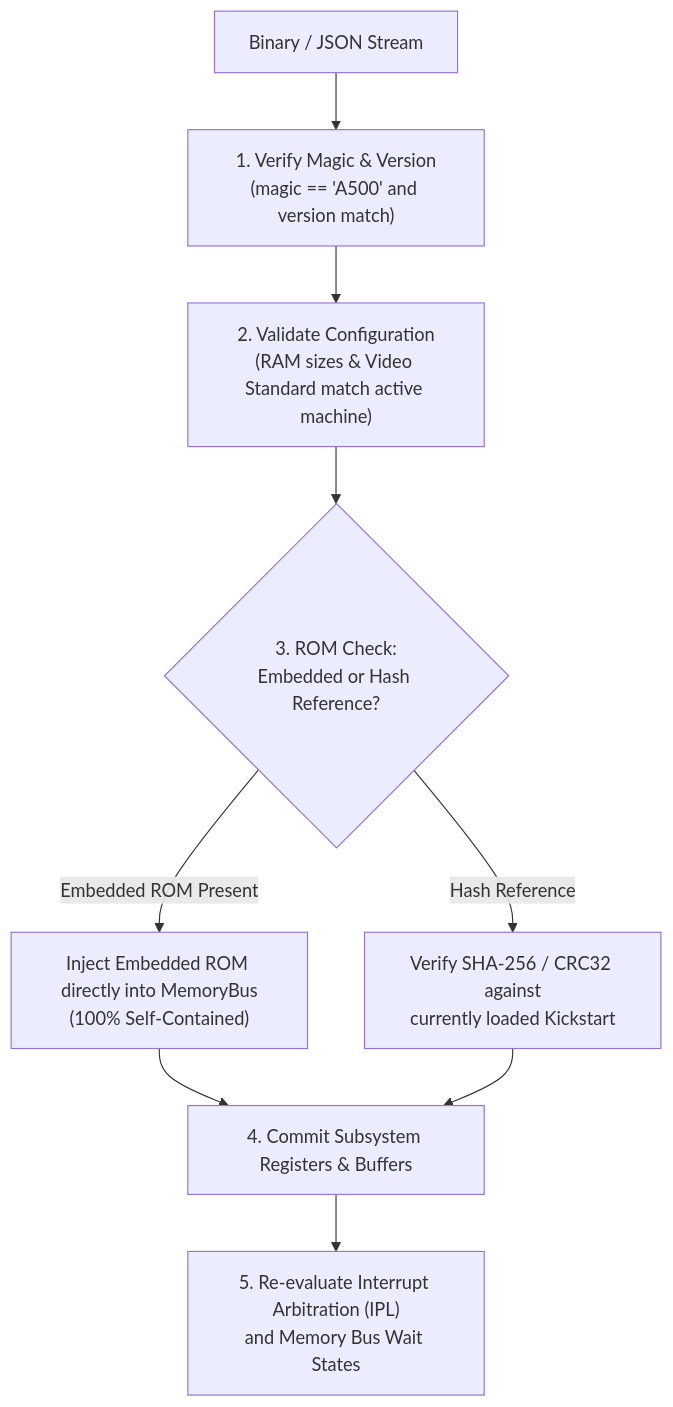
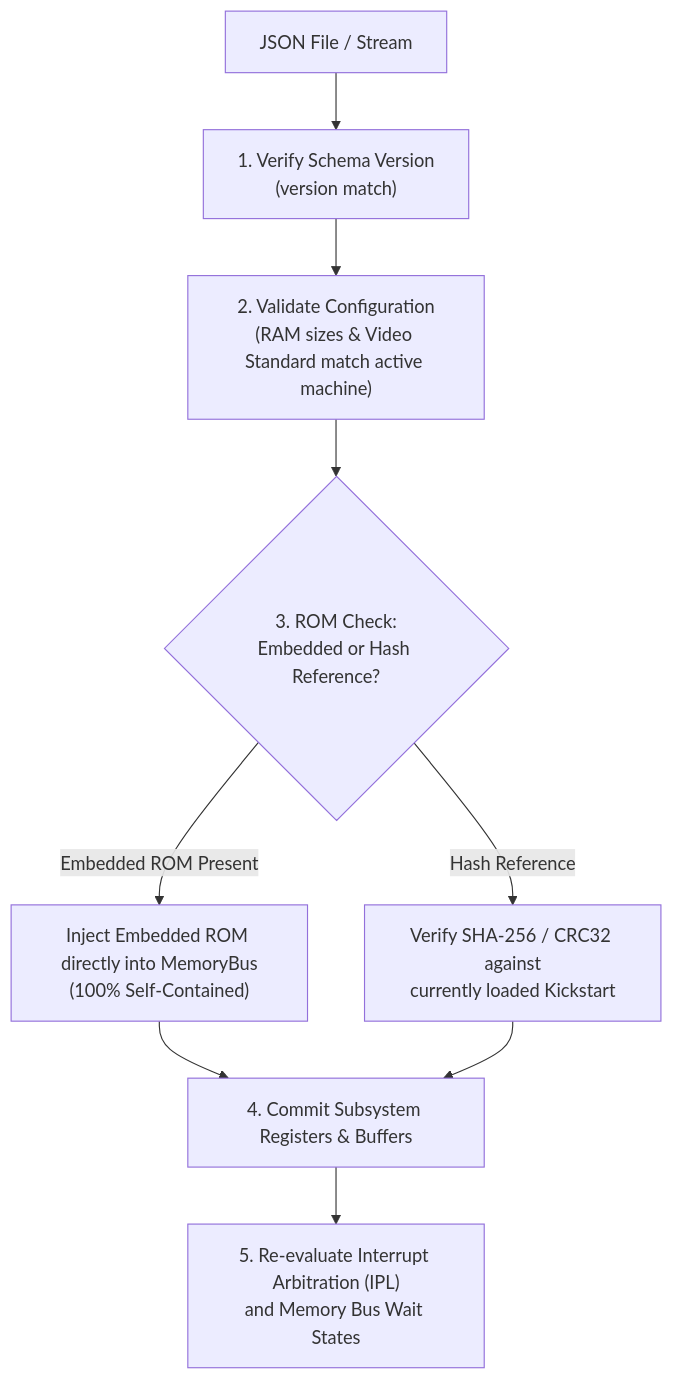
The second of 2 diagrams in Obsidian/Amiga/Design/SaveState.md (tomek-anuszkiewicz/amiga-studio), drawn with Mermaid before and after one commit. The commit also changed other lines of this file and 10 other files, not shown here.

````diff
--- a/Obsidian/Amiga/Design/SaveState.md
+++ b/Obsidian/Amiga/Design/SaveState.md
@@ -508,13 +502,13 @@
 ```mermaid
 flowchart TD
-    INPUT["Binary / JSON Stream"] --> HEADER["1. Verify Magic & Version\n(magic == 'A500' and version match)"]
+    INPUT["JSON File / Stream"] --> HEADER["1. Verify Schema Version\n(version match)"]
     HEADER --> CONFIG["2. Validate Configuration\n(RAM sizes & Video Standard match active machine)"]
     CONFIG --> ROM_CHECK{"3. ROM Check:\nEmbedded or Hash Reference?"}
     
     ROM_CHECK -->|Embedded ROM Present| LOAD_ROM["Inject Embedded ROM directly into MemoryBus\n(100% Self-Contained)"]
     ROM_CHECK -->|Hash Reference| VERIFY_ROM["Verify SHA-256 / CRC32 against\ncurrently loaded Kickstart"]
     
     LOAD_ROM --> RESTORE["4. Commit Subsystem Registers & Buffers"]
     VERIFY_ROM --> RESTORE
     RESTORE --> ARBITRATE["5. Re-evaluate Interrupt Arbitration (IPL)\nand Memory Bus Wait States"]
 ```
````
